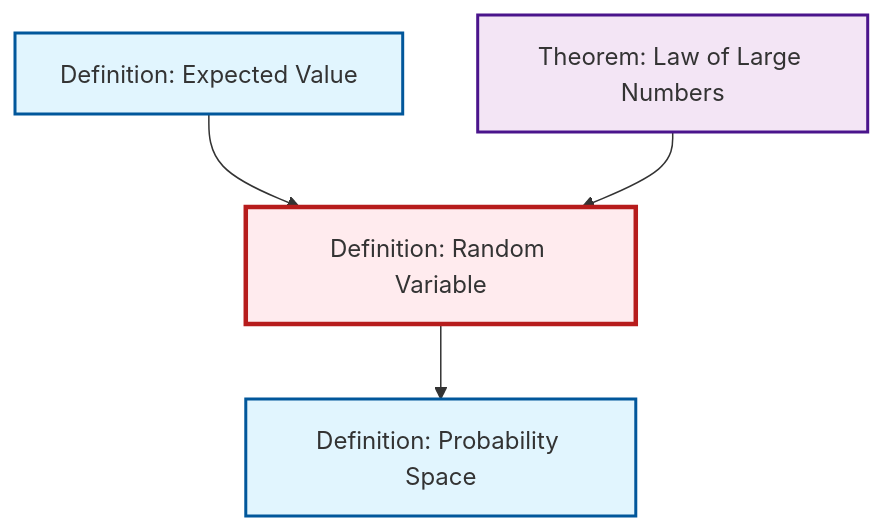
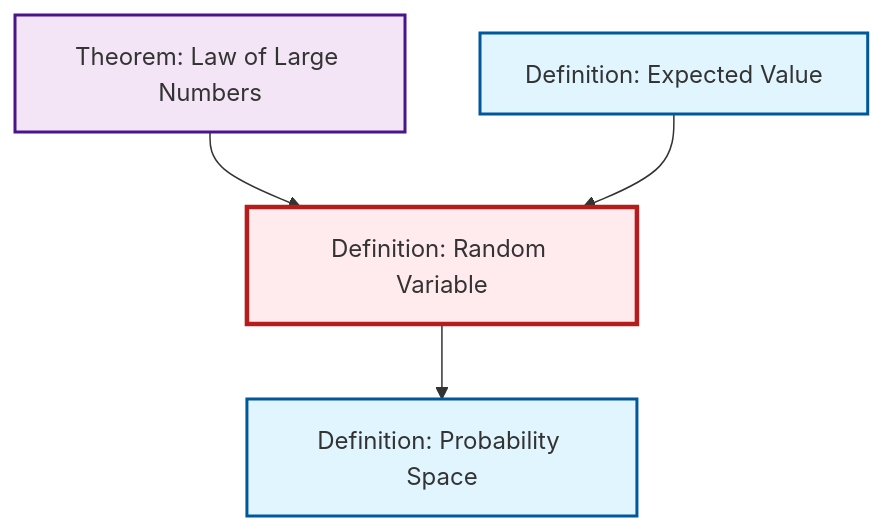
Before and after one commit to RK0429/ModernMath: the diagram in output/mermaid/def-random-variable.mermaid, drawn with Mermaid. The commit also changed other lines of this file and 1188 other files, not shown here.

```diff
--- a/output/mermaid/def-random-variable.mermaid
+++ b/output/mermaid/def-random-variable.mermaid
@@ -1,15 +1,15 @@
 %%| fig-cap: "Local dependency graph"
 graph TD
     classDef definition fill:#e1f5fe,stroke:#01579b,stroke-width:2px
     classDef theorem fill:#f3e5f5,stroke:#4a148c,stroke-width:2px
     classDef axiom fill:#fff3e0,stroke:#e65100,stroke-width:2px
     classDef example fill:#e8f5e9,stroke:#1b5e20,stroke-width:2px
     classDef current fill:#ffebee,stroke:#b71c1c,stroke-width:3px
+    thm-law-of-large-numbers["Theorem: Law of Large Numbers"]:::theorem
     def-expectation["Definition: Expected Value"]:::definition
     def-probability-space["Definition: Probability Space"]:::definition
     def-random-variable["Definition: Random Variable"]:::definition
-    thm-law-of-large-numbers["Theorem: Law of Large Numbers"]:::theorem
-    def-expectation --> def-random-variable
     thm-law-of-large-numbers --> def-random-variable
     def-random-variable --> def-probability-space
+    def-expectation --> def-random-variable
     class def-random-variable current
```
